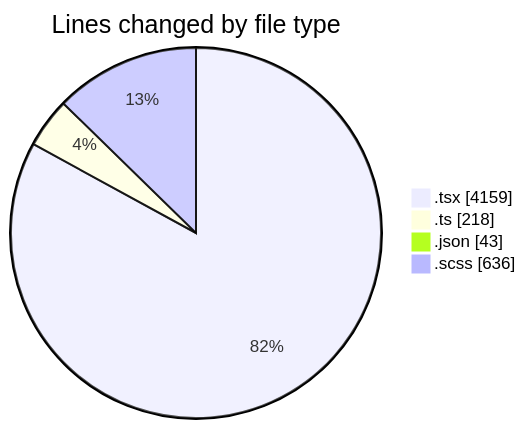
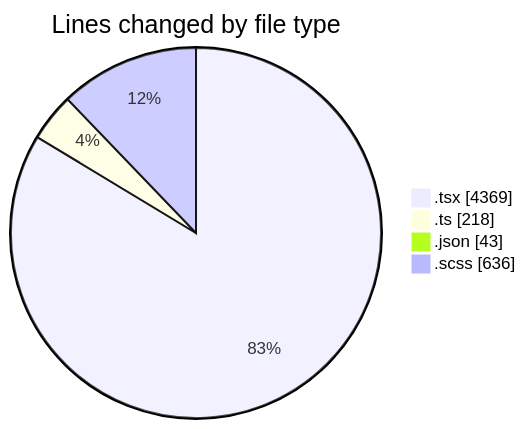
One commit to momahboobian/code-tracking changed the first of 2 diagrams in 2025-09-23/cda/README.md. Above: the diagram before and after it, drawn with Mermaid. The commit also changed other lines of this file and 1 other file, not shown here.

````diff
--- a/2025-09-23/cda/README.md
+++ b/2025-09-23/cda/README.md
@@ -34,8 +34,8 @@
 ```mermaid
 pie showData
 title Lines changed by file type
-".tsx" : 4159
+".tsx" : 4369
 ".ts" : 218
 ".json" : 43
 ".scss" : 636
 ```
````
